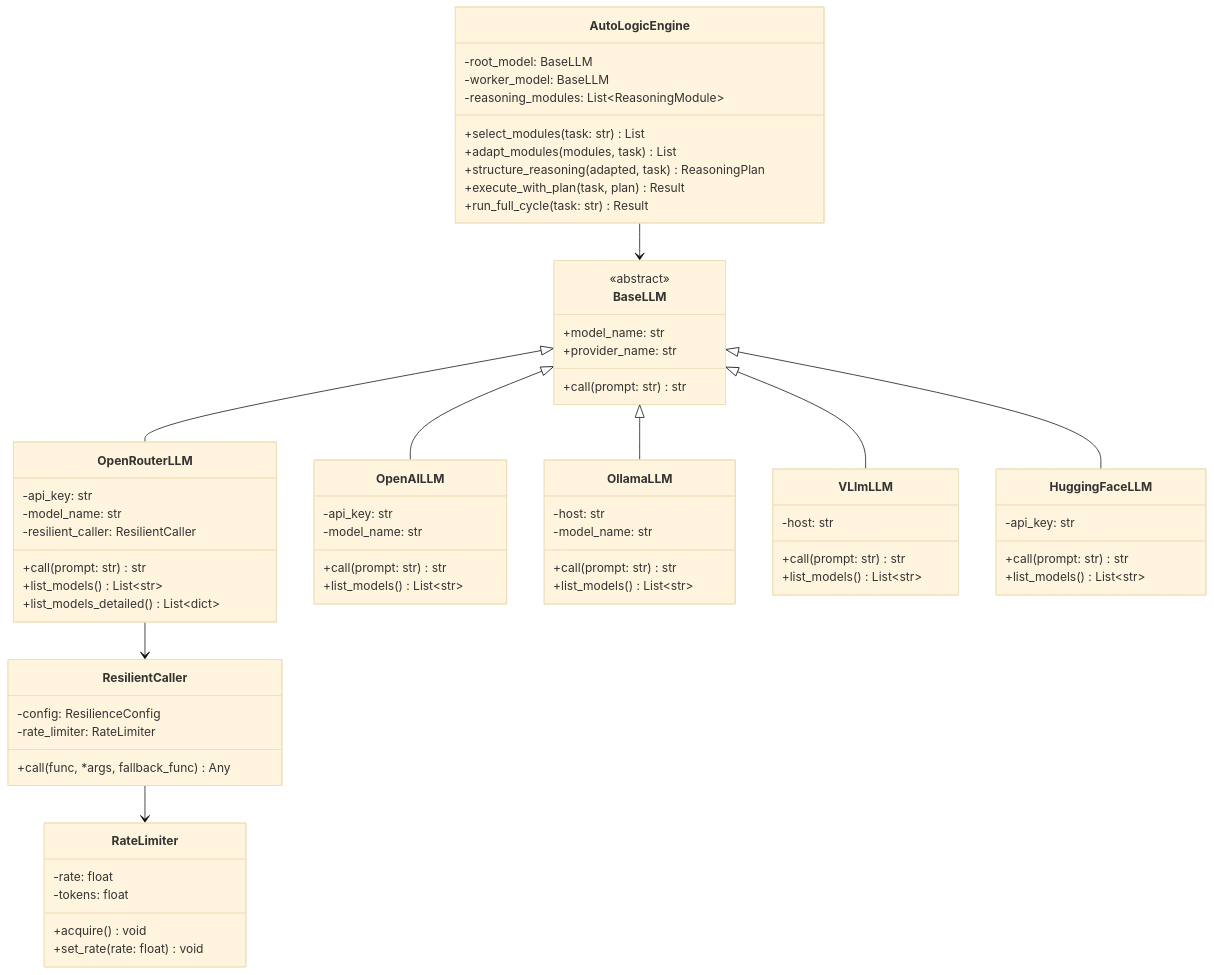
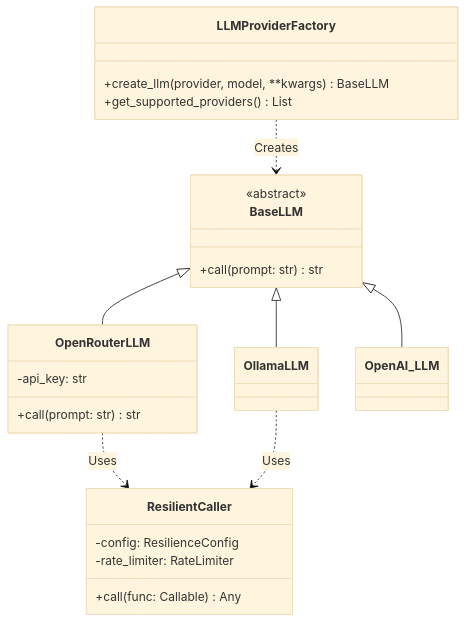
Before and after one commit to dagornc/Autologic: the first of 2 diagrams in Doc/ARCHITECTURE.md, drawn with Mermaid (base theme). The commit also changed other lines of this file and 44 other files, not shown here.

````diff
--- a/Doc/ARCHITECTURE.md
+++ b/Doc/ARCHITECTURE.md
@@ -57,77 +55,30 @@
 ```mermaid
 classDiagram
+    class LLMProviderFactory {
+        +create_llm(provider, model, **kwargs) BaseLLM
+        +get_supported_providers() List
+    }
+
     class BaseLLM {
         <<abstract>>
         +call(prompt: str) str
-        +model_name: str
-        +provider_name: str
     }
     
     class OpenRouterLLM {
         -api_key: str
-        -model_name: str
-        -resilient_caller: ResilientCaller
         +call(prompt: str) str
-        +list_models() List~str~
-        +list_models_detailed() List~dict~
     }
-    
-    class OpenAILLM {
-        -api_key: str
-        -model_name: str
-        +call(prompt: str) str
-        +list_models() List~str~
-    }
-    
-    class OllamaLLM {
-        -host: str
-        -model_name: str
-        +call(prompt: str) str
-        +list_models() List~str~
-    }
-    
-    class VLlmLLM {
-        -host: str
-        +call(prompt: str) str
-        +list_models() List~str~
-    }
-    
-    class HuggingFaceLLM {
-        -api_key: str
-        +call(prompt: str) str
-        +list_models() List~str~
-    }
-    
-    class AutoLogicEngine {
-        -root_model: BaseLLM
-        -worker_model: BaseLLM
-        -reasoning_modules: List~ReasoningModule~
-        +select_modules(task: str) List
-        +adapt_modules(modules, task) List
-        +structure_reasoning(adapted, task) ReasoningPlan
-        +execute_with_plan(task, plan) Result
-        +run_full_cycle(task: str) Result
-    }
-    
+
     class ResilientCaller {
         -config: ResilienceConfig
         -rate_limiter: RateLimiter
-        +call(func, *args, fallback_func) Any
+        +call(func: Callable) Any
     }
-    
-    class RateLimiter {
-        -rate: float
-        -tokens: float
-        +acquire() void
-        +set_rate(rate: float) void
-    }
-    
+
+    LLMProviderFactory ..> BaseLLM : Creates
     BaseLLM <|-- OpenRouterLLM
-    BaseLLM <|-- OpenAILLM
     BaseLLM <|-- OllamaLLM
-    BaseLLM <|-- VLlmLLM
-    BaseLLM <|-- HuggingFaceLLM
-    OpenRouterLLM --> ResilientCaller
-    ResilientCaller --> RateLimiter
-    AutoLogicEngine --> BaseLLM
+    BaseLLM <|-- OpenAI_LLM
+    OpenRouterLLM ..> ResilientCaller : Uses
+    OllamaLLM ..> ResilientCaller : Uses
 ```
````
